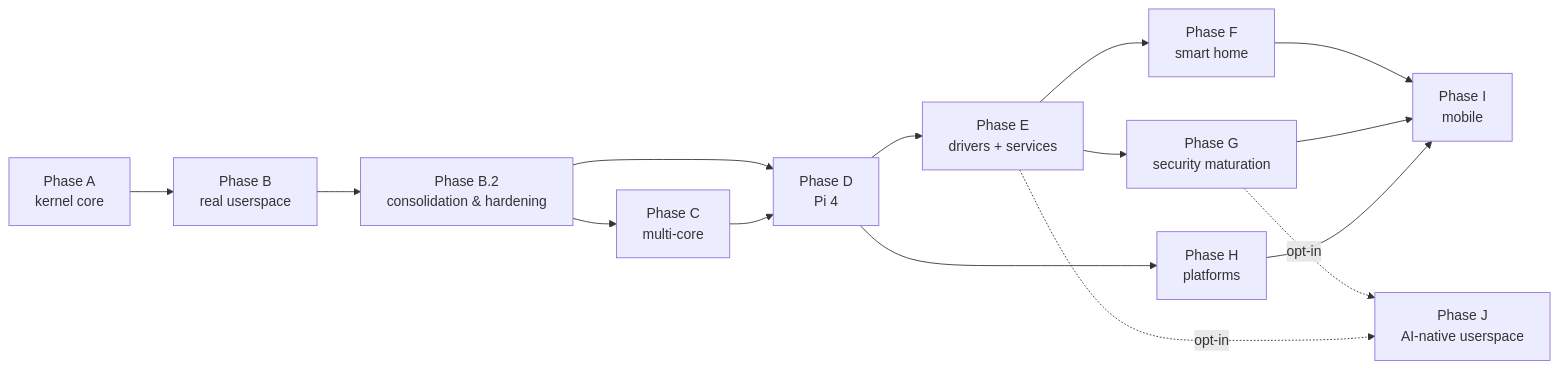
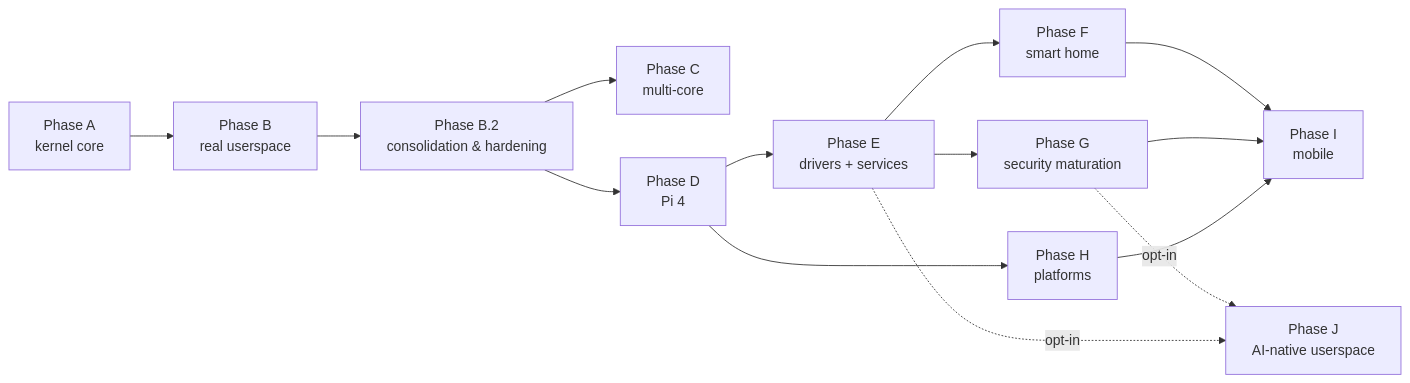
Before and after one commit to HodeTech/Tyrne: the diagram in docs/roadmap/phases/README.md, drawn with Mermaid. The commit also changed other lines of this file and 84 other files, not shown here.

````diff
--- a/docs/roadmap/phases/README.md
+++ b/docs/roadmap/phases/README.md
@@ -27,17 +27,16 @@
 ```mermaid
 flowchart LR
     A[Phase A<br/>kernel core] --> B[Phase B<br/>real userspace]
     B --> B2[Phase B.2<br/>consolidation & hardening]
     B2 --> C[Phase C<br/>multi-core]
     B2 --> D[Phase D<br/>Pi 4]
-    C --> D
     D --> E[Phase E<br/>drivers + services]
     E --> F[Phase F<br/>smart home]
     E --> G[Phase G<br/>security maturation]
     D --> H[Phase H<br/>platforms]
     F --> I[Phase I<br/>mobile]
     G --> I
     G -. opt-in .-> J[Phase J<br/>AI-native userspace]
     E -. opt-in .-> J
     H --> I
 ```
````
